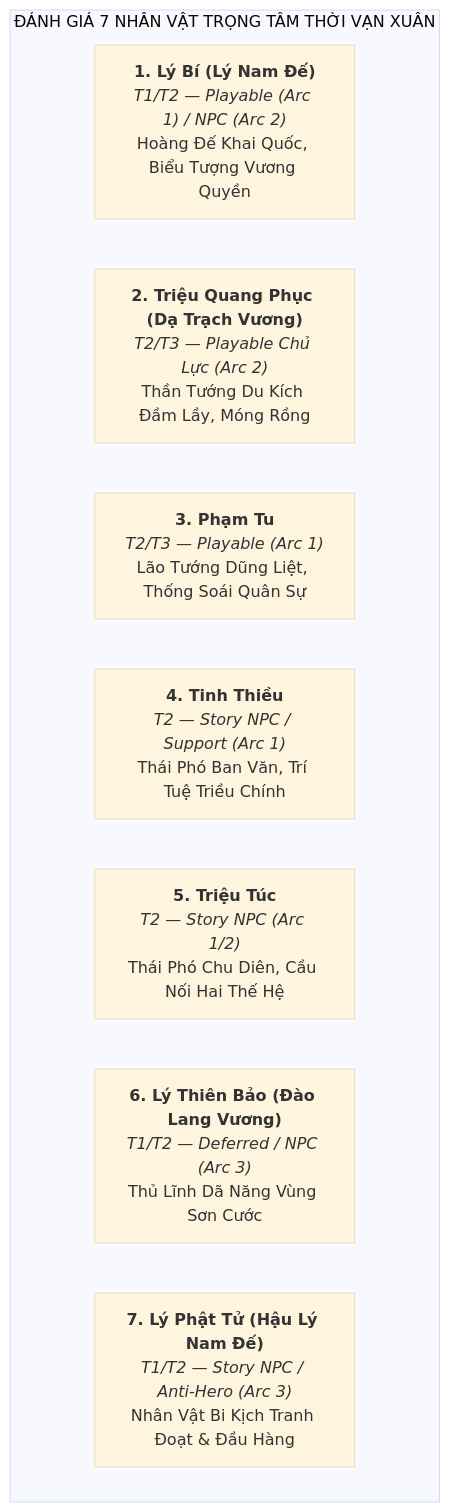
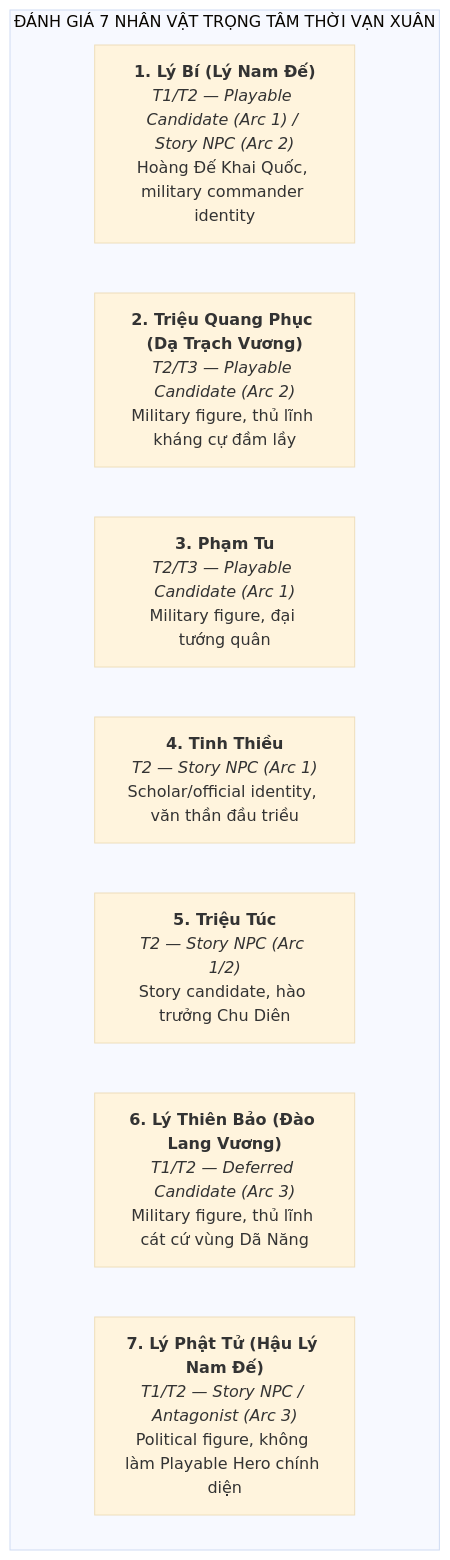
Before and after one commit to LightDucan/HuyenSu-TD: the first of 2 diagrams in docs/drafts/viet-su/van-xuan/roster-selection.md, drawn with Mermaid (base theme). The commit also changed other lines of this file and 1 other file, not shown here.

````diff
--- a/docs/drafts/viet-su/van-xuan/roster-selection.md
+++ b/docs/drafts/viet-su/van-xuan/roster-selection.md
@@ -16,12 +18,12 @@
 ```mermaid
 graph TD
     subgraph ĐÁNH GIÁ 7 NHÂN VẬT TRỌNG TÂM THỜI VẠN XUÂN
-        N1["<b>1. Lý Bí (Lý Nam Đế)</b><br><i>T1/T2 — Playable (Arc 1) / NPC (Arc 2)</i><br>Hoàng Đế Khai Quốc, Biểu Tượng Vương Quyền"]
-        N2["<b>2. Triệu Quang Phục (Dạ Trạch Vương)</b><br><i>T2/T3 — Playable Chủ Lực (Arc 2)</i><br>Thần Tướng Du Kích Đầm Lầy, Móng Rồng"]
-        N3["<b>3. Phạm Tu</b><br><i>T2/T3 — Playable (Arc 1)</i><br>Lão Tướng Dũng Liệt, Thống Soái Quân Sự"]
-        N4["<b>4. Tinh Thiều</b><br><i>T2 — Story NPC / Support (Arc 1)</i><br>Thái Phó Ban Văn, Trí Tuệ Triều Chính"]
-        N5["<b>5. Triệu Túc</b><br><i>T2 — Story NPC (Arc 1/2)</i><br>Thái Phó Chu Diên, Cầu Nối Hai Thế Hệ"]
-        N6["<b>6. Lý Thiên Bảo (Đào Lang Vương)</b><br><i>T1/T2 — Deferred / NPC (Arc 3)</i><br>Thủ Lĩnh Dã Năng Vùng Sơn Cước"]
-        N7["<b>7. Lý Phật Tử (Hậu Lý Nam Đế)</b><br><i>T1/T2 — Story NPC / Anti-Hero (Arc 3)</i><br>Nhân Vật Bi Kịch Tranh Đoạt & Đầu Hàng"]
+        N1["<b>1. Lý Bí (Lý Nam Đế)</b><br><i>T1/T2 — Playable Candidate (Arc 1) / Story NPC (Arc 2)</i><br>Hoàng Đế Khai Quốc, military commander identity"]
+        N2["<b>2. Triệu Quang Phục (Dạ Trạch Vương)</b><br><i>T2/T3 — Playable Candidate (Arc 2)</i><br>Military figure, thủ lĩnh kháng cự đầm lầy"]
+        N3["<b>3. Phạm Tu</b><br><i>T2/T3 — Playable Candidate (Arc 1)</i><br>Military figure, đại tướng quân"]
+        N4["<b>4. Tinh Thiều</b><br><i>T2 — Story NPC (Arc 1)</i><br>Scholar/official identity, văn thần đầu triều"]
+        N5["<b>5. Triệu Túc</b><br><i>T2 — Story NPC (Arc 1/2)</i><br>Story candidate, hào trưởng Chu Diên"]
+        N6["<b>6. Lý Thiên Bảo (Đào Lang Vương)</b><br><i>T1/T2 — Deferred Candidate (Arc 3)</i><br>Military figure, thủ lĩnh cát cứ vùng Dã Năng"]
+        N7["<b>7. Lý Phật Tử (Hậu Lý Nam Đế)</b><br><i>T1/T2 — Story NPC / Antagonist (Arc 3)</i><br>Political figure, không làm Playable Hero chính diện"]
     end
 ```
````
